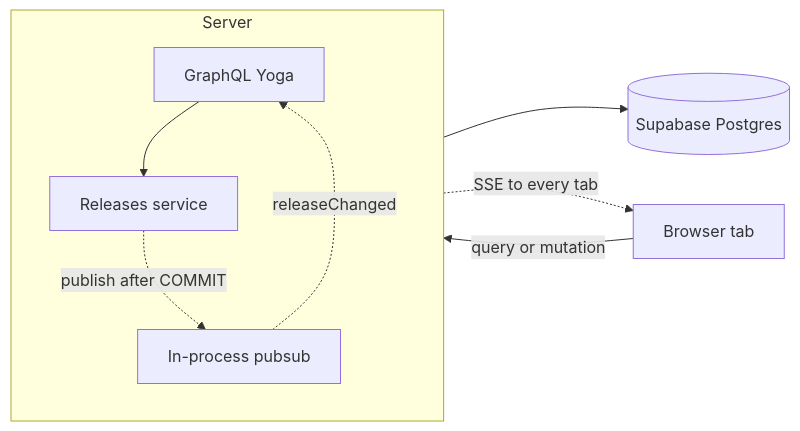
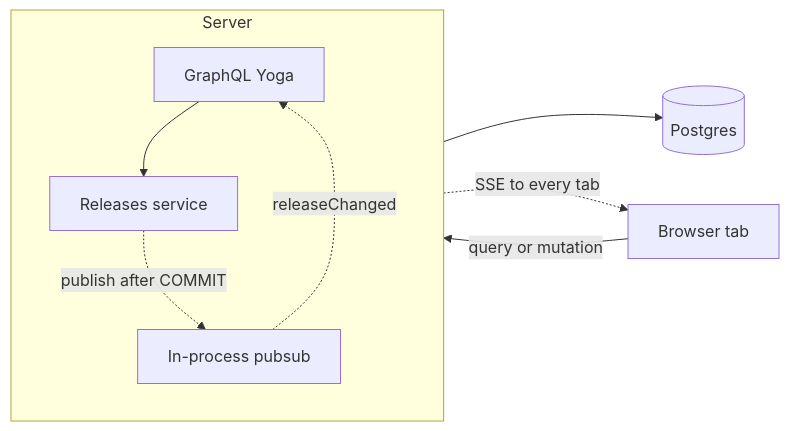
Before and after one commit to sagnik26/release-checklist-tool: the diagram in README.md, drawn with Mermaid. The commit also changed other lines of this file and 8 other files, not shown here.

````diff
--- a/README.md
+++ b/README.md
@@ -119,21 +17,21 @@
 ```mermaid
 flowchart LR
   tab[Browser tab]
   subgraph server [Server]
     direction TB
     yoga[GraphQL Yoga]
     svc[Releases service]
     bus[In-process pubsub]
     yoga --> svc
     svc -.->|publish after COMMIT| bus
     bus -.->|releaseChanged| yoga
   end
-  db[(Supabase Postgres)]
+  db[(Postgres)]
 
   tab ~~~ server
   tab ~~~ yoga
   server ~~~ db
   tab -->|query or mutation| yoga
   svc --> db
   yoga -.->|SSE to every tab| tab
 ```
````
